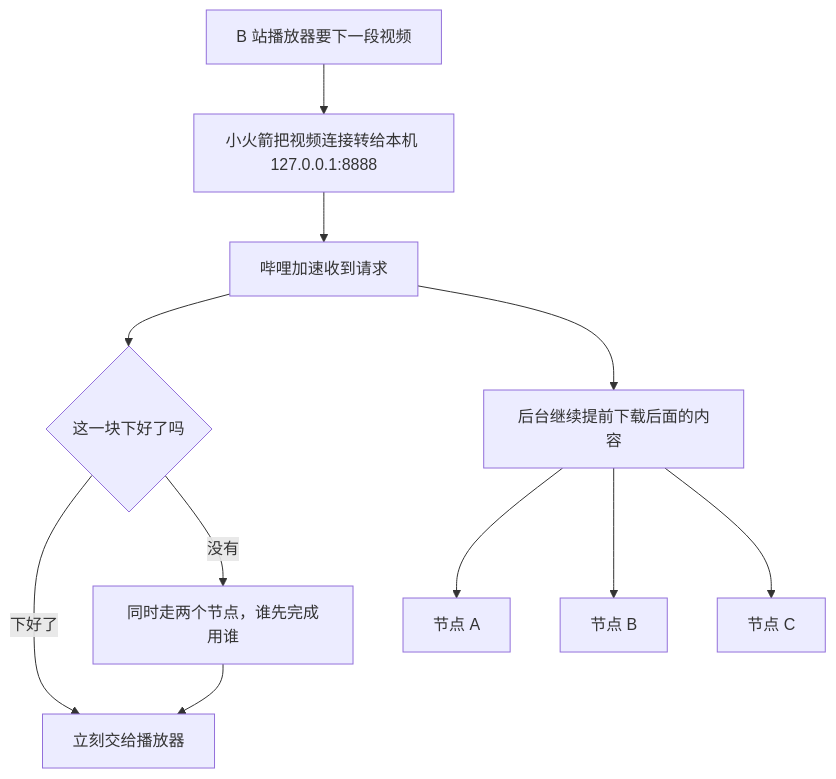
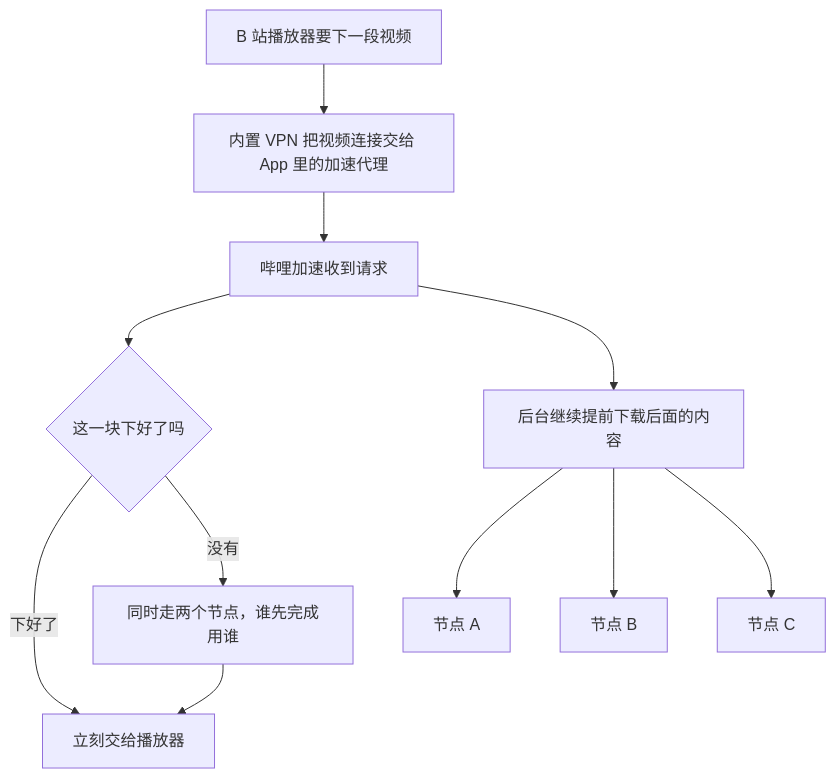
The diagram in TUTORIAL.md (Terry1238832/BiliScope), drawn with Mermaid before and after one commit. The commit also changed other lines of this file and 1 other file, not shown here.

Commit message:
docs: lead with the built-in VPN, keep Shadowrocket as the fallback

````diff
--- a/TUTORIAL.md
+++ b/TUTORIAL.md
@@ -214,11 +238,11 @@
 ```mermaid
 flowchart TD
-    A["B 站播放器要下一段视频"] --> B["小火箭把视频连接转给本机 127.0.0.1:8888"]
+    A["B 站播放器要下一段视频"] --> B["内置 VPN 把视频连接交给 App 里的加速代理"]
     B --> C["哔哩加速收到请求"]
     C --> D{"这一块下好了吗"}
     D -- "下好了" --> E["立刻交给播放器"]
     D -- "没有" --> F["同时走两个节点，谁先完成用谁"]
     F --> E
     C --> G["后台继续提前下载后面的内容"]
     G --> H1["节点 A"] & H2["节点 B"] & H3["节点 C"]
 ```
````
